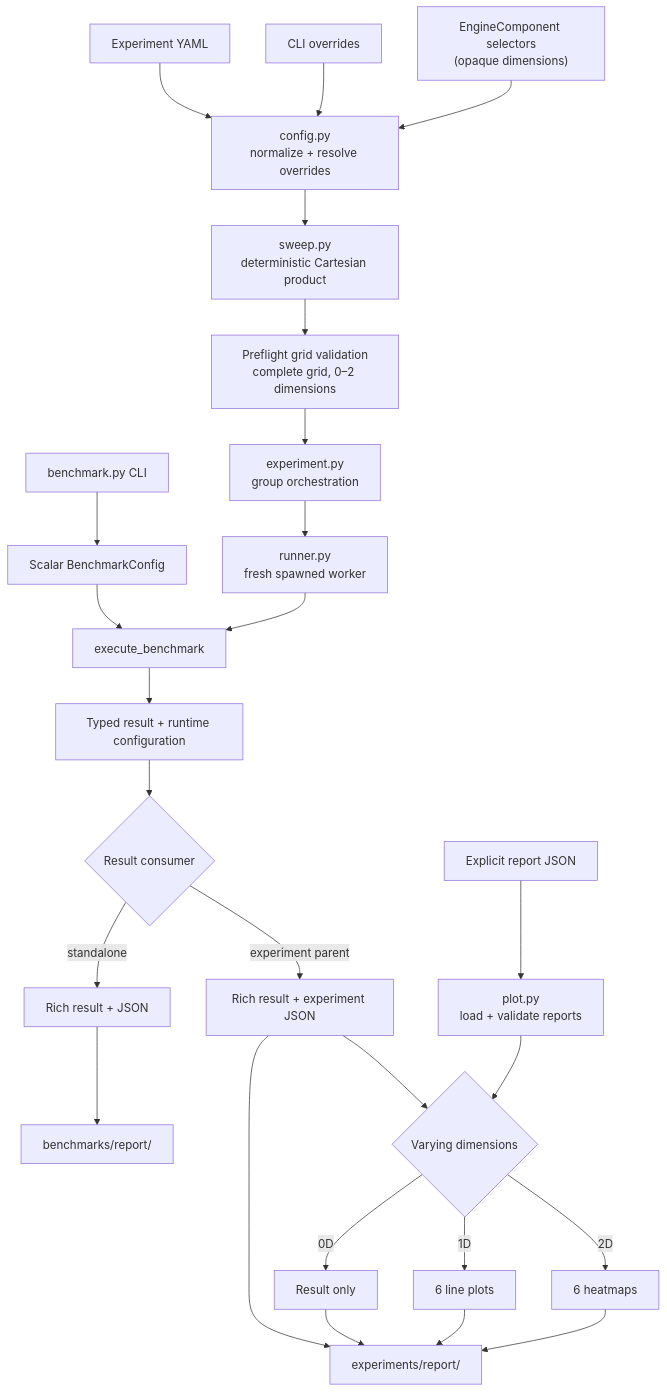
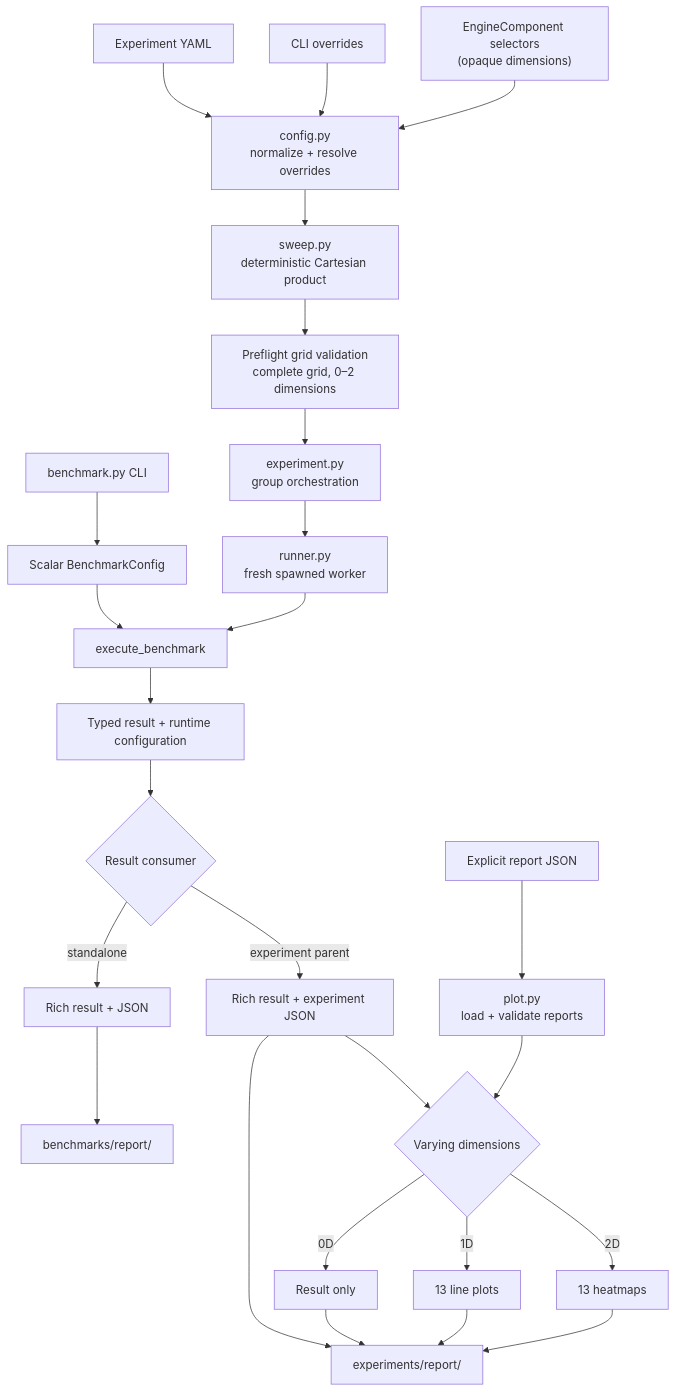
Before and after one commit to ilsao/ultra-nano-vllm: the diagram in README.md, drawn with Mermaid. The commit also changed other lines of this file and 10 other files, not shown here.

````diff
--- a/README.md
+++ b/README.md
@@ -52,28 +52,28 @@
 ```mermaid
 flowchart TD
     BCLI["benchmark.py CLI"] --> SCALAR["Scalar BenchmarkConfig"]
     YAML["Experiment YAML"] --> RESOLVE["config.py<br/>normalize + resolve overrides"]
     OVERRIDE["CLI overrides"] --> RESOLVE
     COMPONENT["EngineComponent selectors<br/>(opaque dimensions)"] --> RESOLVE
     RESOLVE --> SWEEP["sweep.py<br/>deterministic Cartesian product"]
     SWEEP --> VALIDATE["Preflight grid validation<br/>complete grid, 0–2 dimensions"]
     VALIDATE --> ORCHESTRATE["experiment.py<br/>group orchestration"]
     ORCHESTRATE --> SPAWN["runner.py<br/>fresh spawned worker"]
     SCALAR --> EXECUTE["execute_benchmark"]
     SPAWN --> EXECUTE
     EXECUTE --> PAYLOAD["Typed result + runtime configuration"]
     PAYLOAD --> CALLER{"Result consumer"}
     CALLER -->|standalone| BOUTPUT["Rich result + JSON"]
     BOUTPUT --> BREPORT["benchmarks/report/"]
     CALLER -->|experiment parent| EOUTPUT["Rich result + experiment JSON"]
     EOUTPUT --> DISPATCH{"Varying dimensions"}
     DISPATCH -->|0D| RESULT["Result only"]
-    DISPATCH -->|1D| LINE["6 line plots"]
-    DISPATCH -->|2D| HEATMAP["6 heatmaps"]
+    DISPATCH -->|1D| LINE["13 line plots"]
+    DISPATCH -->|2D| HEATMAP["13 heatmaps"]
     EOUTPUT --> EREPORT["experiments/report/"]
     RESULT --> EREPORT
     LINE --> EREPORT
     HEATMAP --> EREPORT
     JSON["Explicit report JSON"] --> LOAD["plot.py<br/>load + validate reports"]
     LOAD --> DISPATCH
 ```
````
